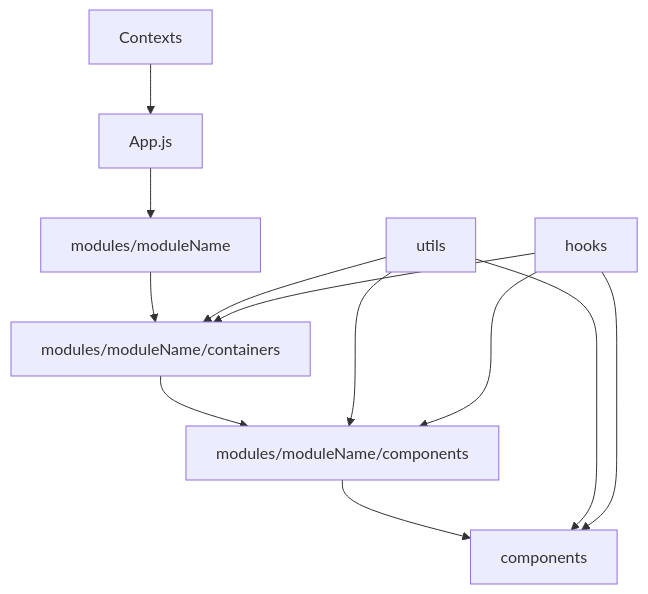
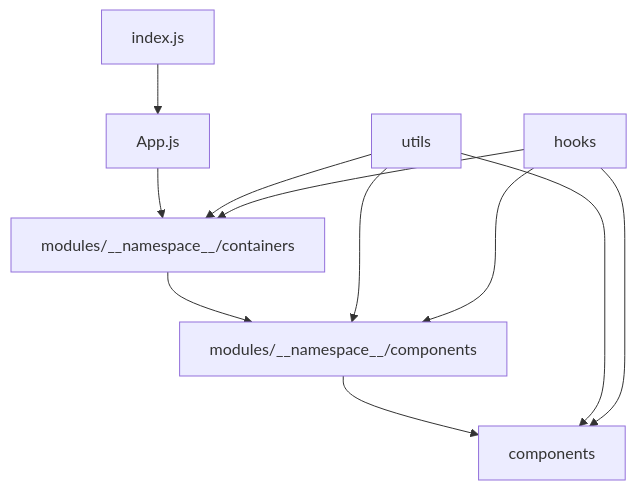
The diagram in README.md (Speira/base-react-sample), drawn with Mermaid before and after one commit. The commit also changed other lines of this file, not shown here.

````diff
--- a/README.md
+++ b/README.md
@@ -14,12 +14,11 @@
 ```mermaid
 graph TD
-  Contexts --> App.js
-  App.js --> modules/moduleName;
-  modules/moduleName --> modules/moduleName/containers;
-  modules/moduleName/containers --> modules/moduleName/components;
-  modules/moduleName/components --> components;
-  utils & hooks --> modules/moduleName/containers;
-  utils & hooks --> modules/moduleName/components;
+  index.js --> App.js
+  App.js --> modules/__namespace__/containers;
+  modules/__namespace__/containers --> modules/__namespace__/components;
+  modules/__namespace__/components --> components;
+  utils & hooks --> modules/__namespace__/containers;
+  utils & hooks --> modules/__namespace__/components;
   utils & hooks --> components;
   
 ```
````
